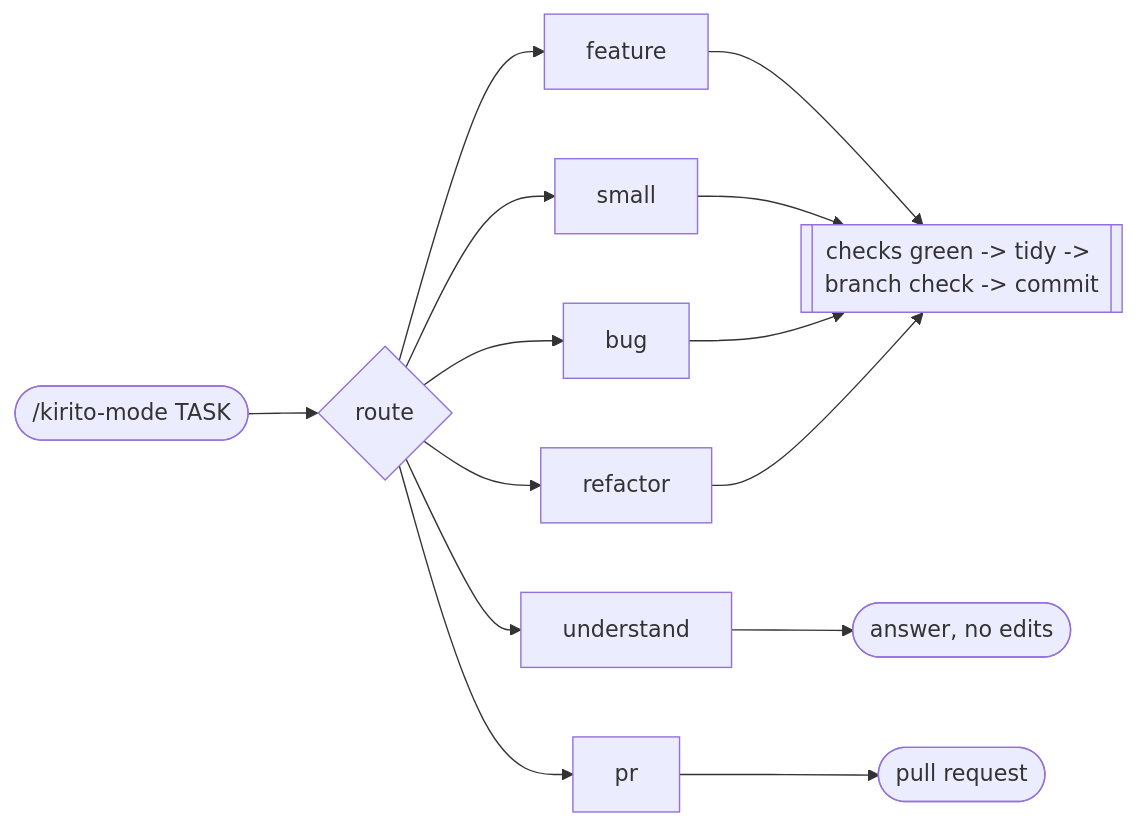
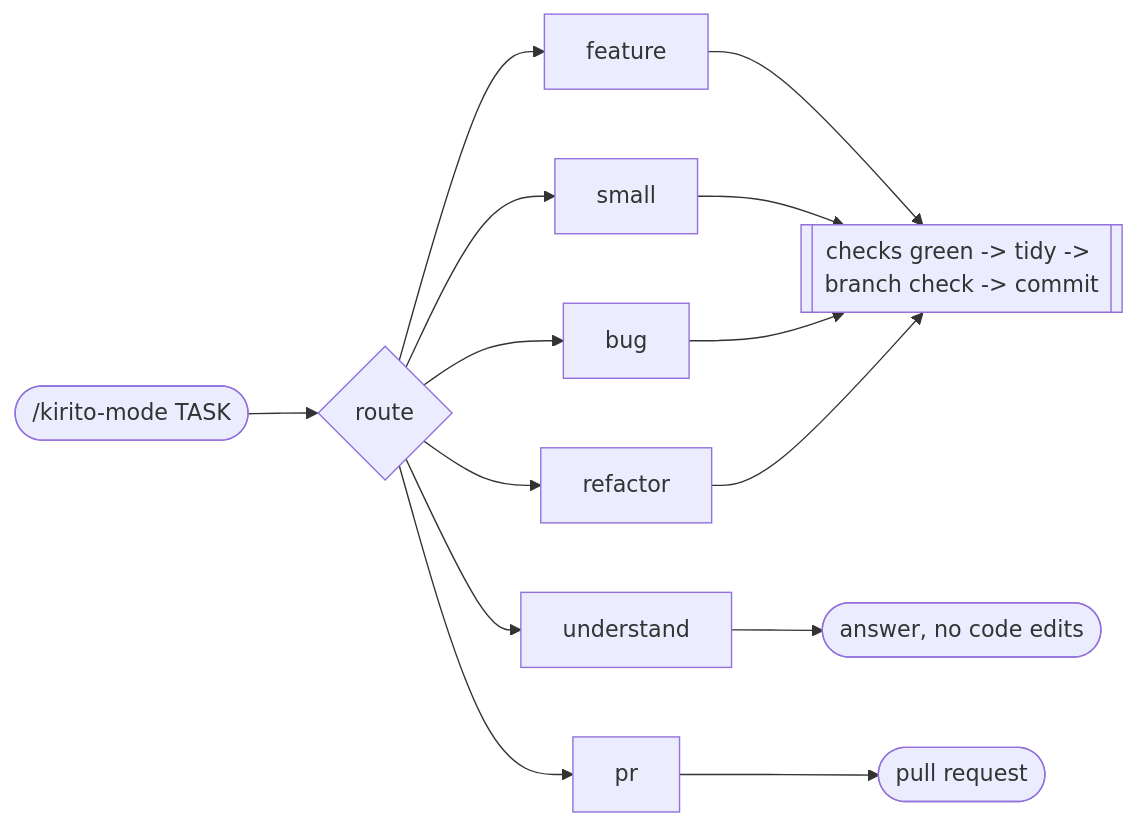
One commit to minhhuy1201/hkirito changed the first of 4 diagrams in README.md. Above: the diagram before and after it, drawn with Mermaid. The commit also changed other lines of this file, not shown here.

````diff
--- a/README.md
+++ b/README.md
@@ -28,11 +28,11 @@
 ```mermaid
 flowchart LR
     T(["/kirito-mode TASK"]) --> R{route}
     R --> F[feature] --> FIN
     R --> S[small] --> FIN
     R --> B[bug] --> FIN
     R --> X[refactor] --> FIN
-    R --> U[understand] --> ANS([answer, no edits])
+    R --> U[understand] --> ANS([answer, no code edits])
     R --> P[pr] --> PR([pull request])
     FIN[["checks green -> tidy -> branch check -> commit"]]
 ```
````
